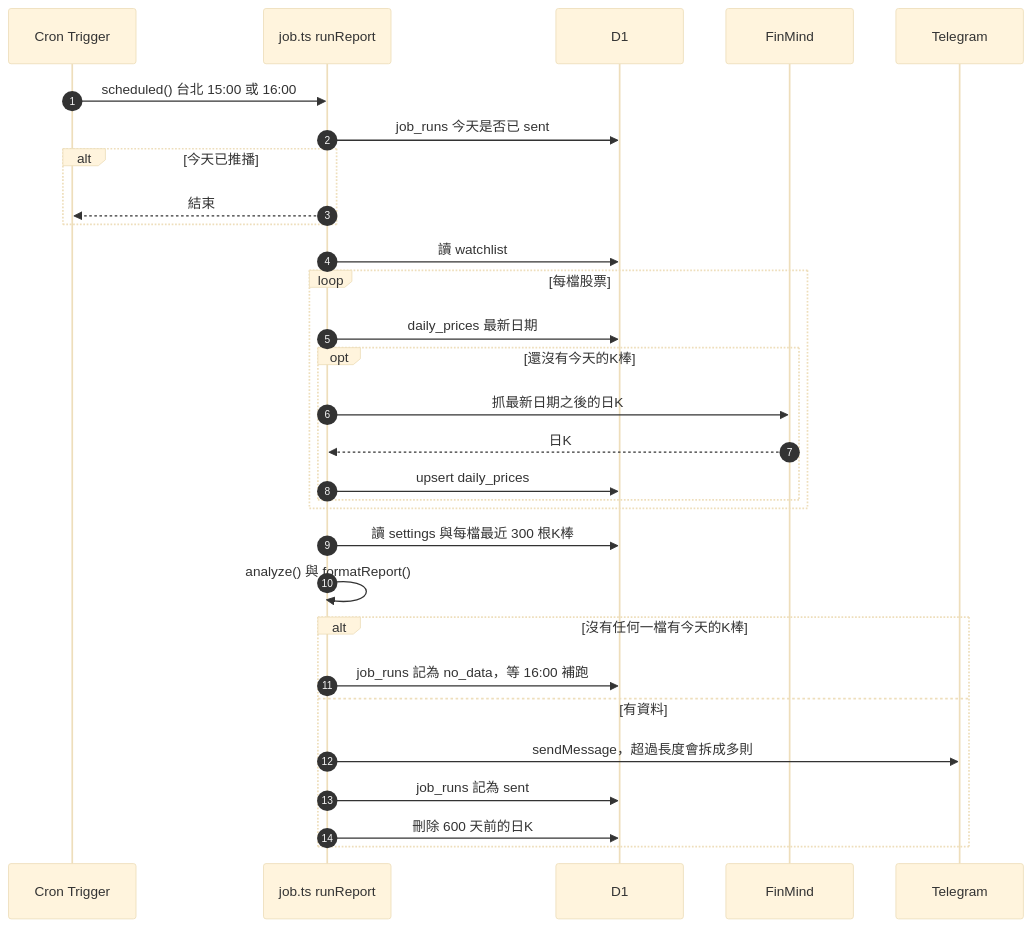
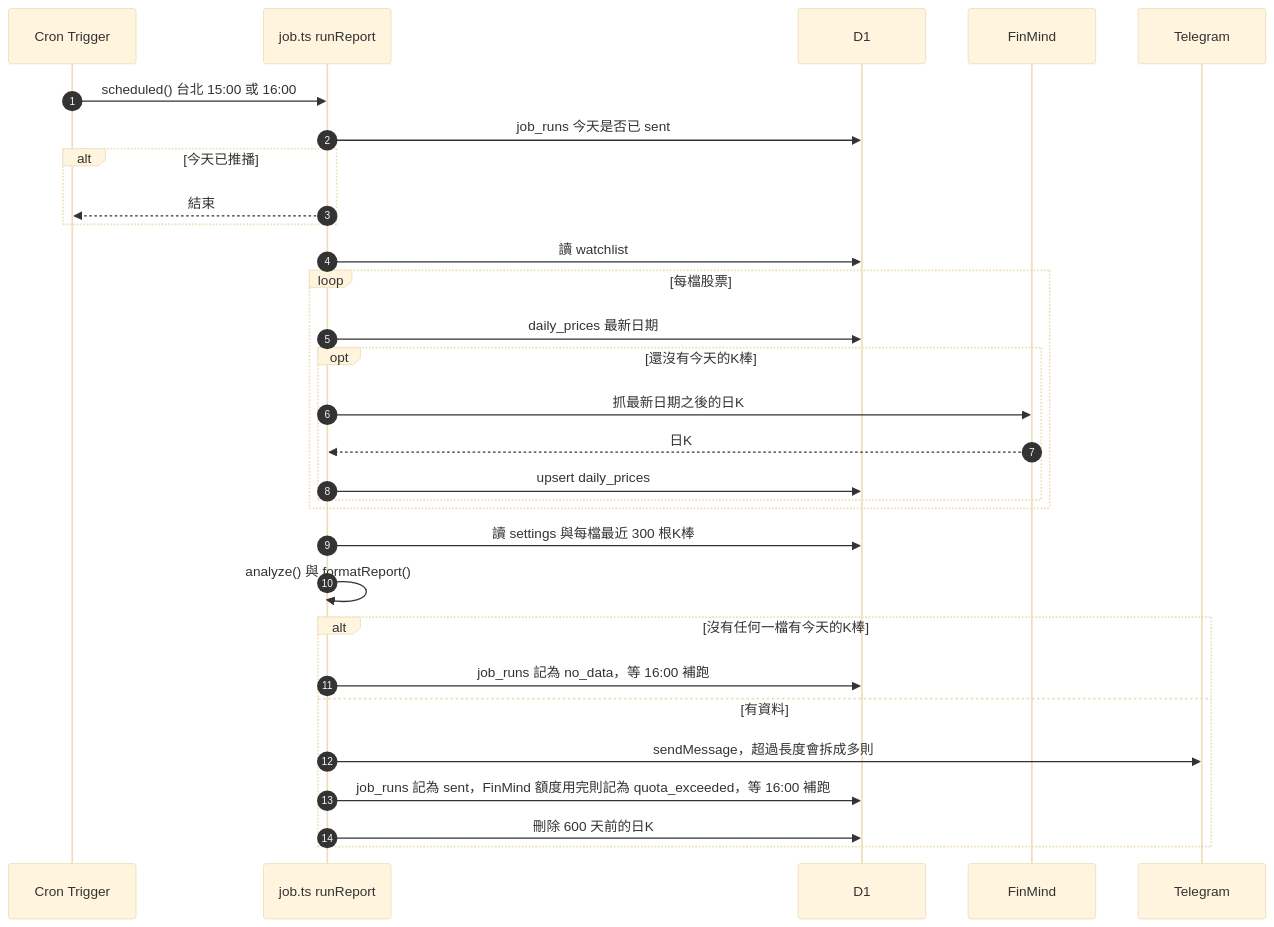
Before and after one commit to Ja7423/stock-tw-monitor: the third of 7 diagrams in doc/architecture.md, drawn with Mermaid (base theme). The commit also changed other lines of this file and 5 other files, not shown here.

First line of the commit message:
Retry the daily report when FinMind quota runs out

````diff
--- a/doc/architecture.md
+++ b/doc/architecture.md
@@ -104,33 +104,33 @@
 ```mermaid
 sequenceDiagram
   autonumber
   participant Cron as Cron Trigger
   participant Job as job.ts runReport
   participant DB as D1
   participant FM as FinMind
   participant TG as Telegram
 
   Cron->>Job: scheduled() 台北 15:00 或 16:00
   Job->>DB: job_runs 今天是否已 sent
   alt 今天已推播
     Job-->>Cron: 結束
   end
   Job->>DB: 讀 watchlist
   loop 每檔股票
     Job->>DB: daily_prices 最新日期
     opt 還沒有今天的K棒
       Job->>FM: 抓最新日期之後的日K
       FM-->>Job: 日K
       Job->>DB: upsert daily_prices
     end
   end
   Job->>DB: 讀 settings 與每檔最近 300 根K棒
   Job->>Job: analyze() 與 formatReport()
   alt 沒有任何一檔有今天的K棒
     Job->>DB: job_runs 記為 no_data，等 16:00 補跑
   else 有資料
     Job->>TG: sendMessage，超過長度會拆成多則
-    Job->>DB: job_runs 記為 sent
+    Job->>DB: job_runs 記為 sent，FinMind 額度用完則記為 quota_exceeded，等 16:00 補跑
     Job->>DB: 刪除 600 天前的日K
   end
 ```
````
